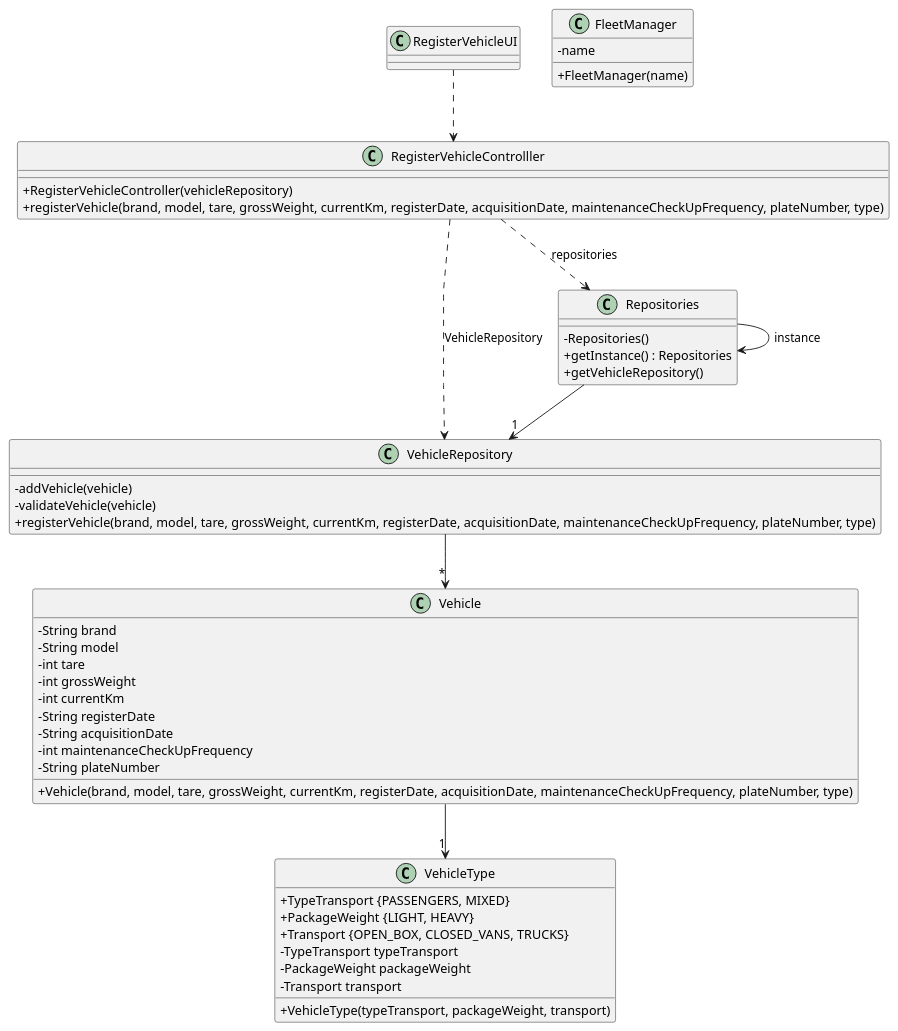
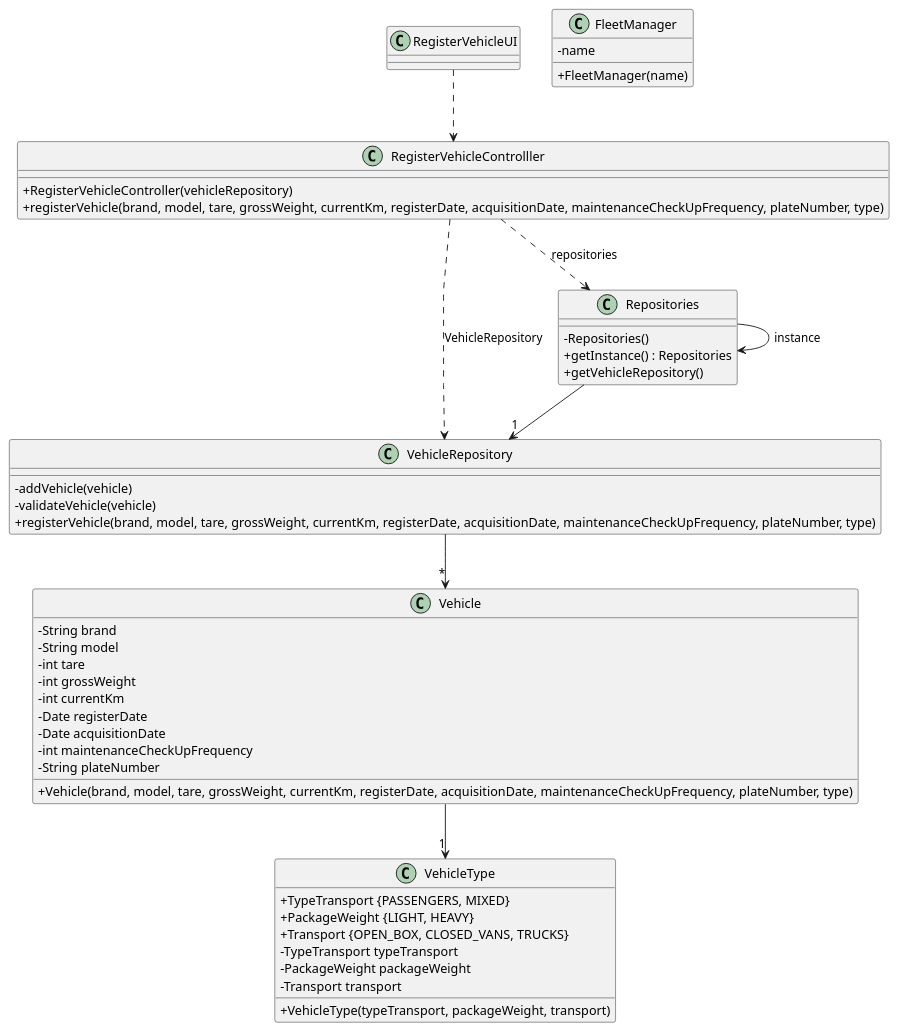
Before and after one commit to daniel41silva05/ISEP_2023_2024_LAPR2: the diagram in docs/sprintA&B/us006/03.design/puml/us006-class-diagram.puml, drawn with PlantUML. The commit also changed 12 other files, not shown here.

```diff
--- a/docs/sprintA&B/us006/03.design/puml/us006-class-diagram.puml
+++ b/docs/sprintA&B/us006/03.design/puml/us006-class-diagram.puml
@@ -1,70 +1,70 @@
 @startuml
 'skinparam monochrome true
 skinparam packageStyle rectangle
 skinparam shadowing false
 skinparam linetype polyline
 'skinparam linetype orto
 
 skinparam classAttributeIconSize 0
 
 'left to right direction
 
 class RegisterVehicleUI {
 
 }
 
 class RegisterVehicleControlller {
     +RegisterVehicleController(vehicleRepository)
     +registerVehicle(brand, model, tare, grossWeight, currentKm, registerDate, acquisitionDate, maintenanceCheckUpFrequency, plateNumber, type)
 }
 
 class VehicleRepository {
     -addVehicle(vehicle)
     -validateVehicle(vehicle)
     +registerVehicle(brand, model, tare, grossWeight, currentKm, registerDate, acquisitionDate, maintenanceCheckUpFrequency, plateNumber, type)
 }
 
 class Vehicle {
     -String brand
     -String model
     -int tare
     -int grossWeight
     -int currentKm
-    -String registerDate
-    -String acquisitionDate
+    -Date registerDate
+    -Date acquisitionDate
     -int maintenanceCheckUpFrequency
     -String plateNumber
     +Vehicle(brand, model, tare, grossWeight, currentKm, registerDate, acquisitionDate, maintenanceCheckUpFrequency, plateNumber, type)
 
 }
 
 class VehicleType {
     +TypeTransport {PASSENGERS, MIXED}
     +PackageWeight {LIGHT, HEAVY}
     +Transport {OPEN_BOX, CLOSED_VANS, TRUCKS}
     -TypeTransport typeTransport
     -PackageWeight packageWeight
     -Transport transport
     +VehicleType(typeTransport, packageWeight, transport)
 }
 
 class FleetManager {
     - name
     + FleetManager(name)
 }
 
 class Repositories {
     - Repositories()
     + getInstance() : Repositories
     + getVehicleRepository()
 }
 
 RegisterVehicleUI ..> RegisterVehicleControlller
 RegisterVehicleControlller ..> Repositories: repositories
 RegisterVehicleControlller ..> VehicleRepository: VehicleRepository
 Repositories --> Repositories: instance
 Repositories --> "1" VehicleRepository
 VehicleRepository --> "*" Vehicle
 Vehicle --> "1" VehicleType
 
 @enduml
```
